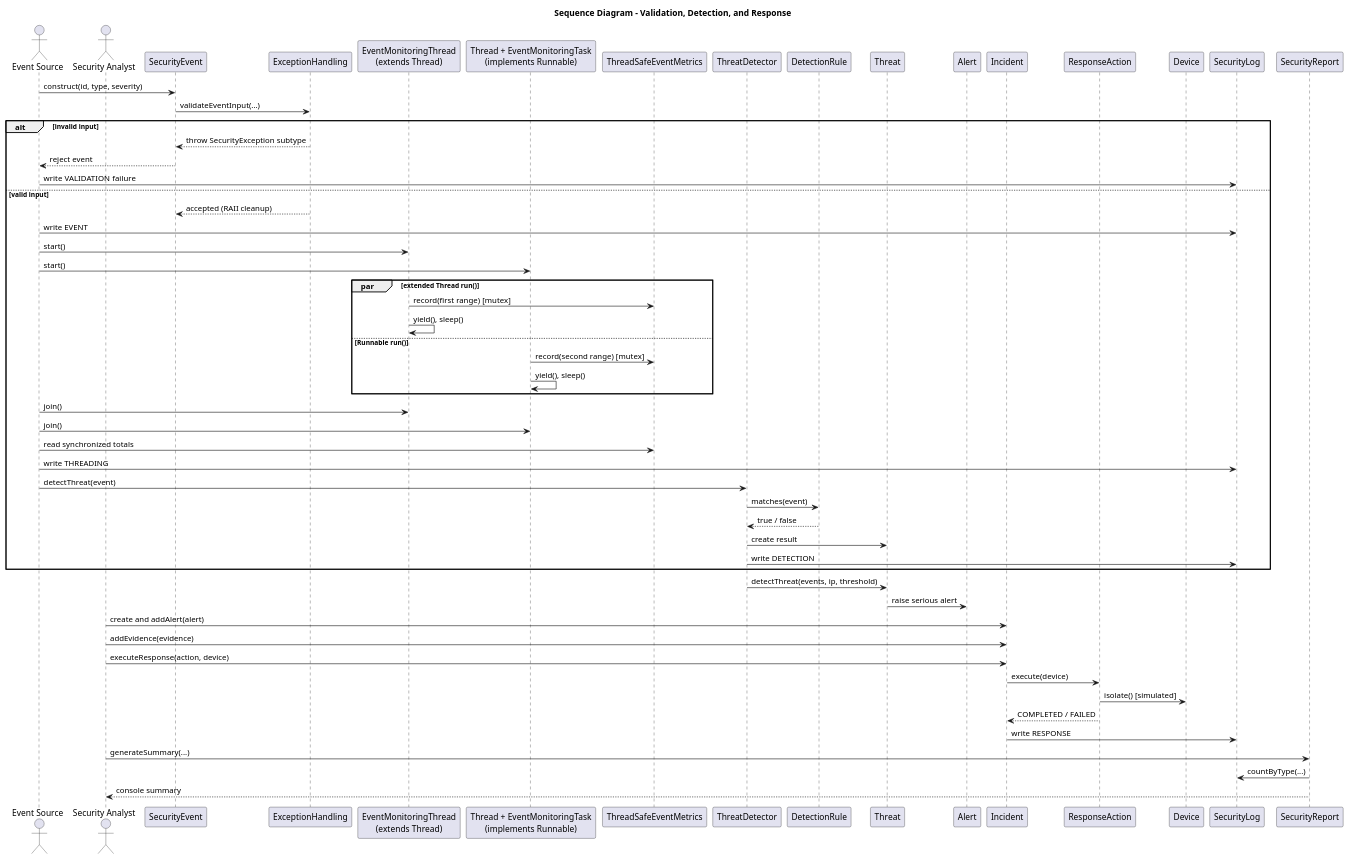
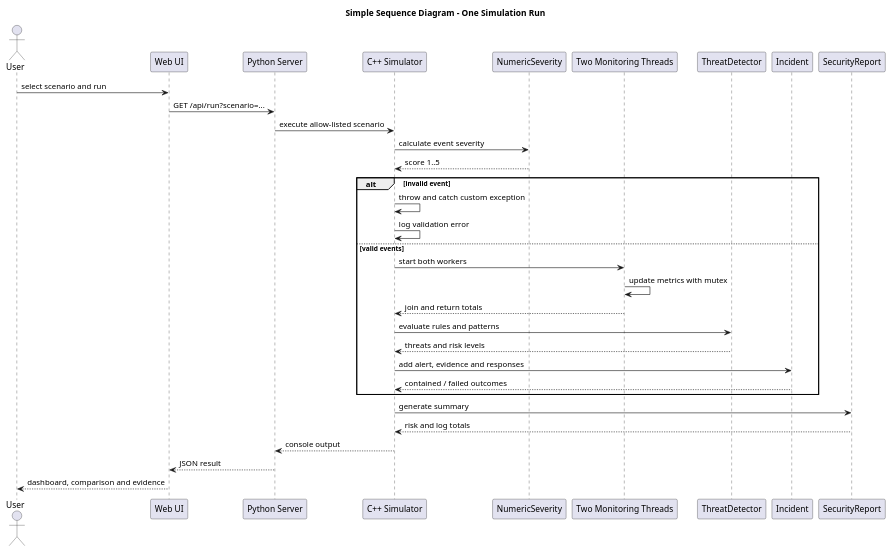
One commit to jaitak2121-spec/CybersecurityThreatdetector changed the diagram in sequence-diagram.puml. Above: the diagram before and after it, drawn with PlantUML. The commit also changed 19 other files, not shown here.

Commit message:
Calculate severity and simplify project diagrams

```diff
--- a/sequence-diagram.puml
+++ b/sequence-diagram.puml
@@ -1,61 +1,39 @@
 @startuml sequence-diagram
-title Sequence Diagram - Validation, Detection, and Response
-actor "Event Source" as Source
-actor "Security Analyst" as Analyst
-participant SecurityEvent as Event
-participant "ExceptionHandling" as Validation
-participant "EventMonitoringThread\n(extends Thread)" as InheritedWorker
-participant "Thread + EventMonitoringTask\n(implements Runnable)" as RunnableWorker
-participant ThreadSafeEventMetrics as Metrics
+title Simple Sequence Diagram - One Simulation Run
+
+actor User
+participant "Web UI" as UI
+participant "Python Server" as Server
+participant "C++ Simulator" as Simulator
+participant NumericSeverity as Scoring
+participant "Two Monitoring Threads" as Threads
 participant ThreatDetector as Detector
-participant DetectionRule as Rule
-participant Threat
-participant Alert
 participant Incident
-participant ResponseAction as Action
-participant Device
-participant SecurityLog as Log
 participant SecurityReport as Report
 
-Source -> Event : construct(id, type, severity)
-Event -> Validation : validateEventInput(...)
-alt invalid input
-  Validation --> Event : throw SecurityException subtype
-  Event --> Source : reject event
-  Source -> Log : write VALIDATION failure
-else valid input
-  Validation --> Event : accepted (RAII cleanup)
-  Source -> Log : write EVENT
-  Source -> InheritedWorker : start()
-  Source -> RunnableWorker : start()
-  par extended Thread run()
-    InheritedWorker -> Metrics : record(first range) [mutex]
-    InheritedWorker -> InheritedWorker : yield(), sleep()
-  else Runnable run()
-    RunnableWorker -> Metrics : record(second range) [mutex]
-    RunnableWorker -> RunnableWorker : yield(), sleep()
-  end
-  Source -> InheritedWorker : join()
-  Source -> RunnableWorker : join()
-  Source -> Metrics : read synchronized totals
-  Source -> Log : write THREADING
-  Source -> Detector : detectThreat(event)
-  Detector -> Rule : matches(event)
-  Rule --> Detector : true / false
-  Detector -> Threat : create result
-  Detector -> Log : write DETECTION
+User -> UI : select scenario and run
+UI -> Server : GET /api/run?scenario=...
+Server -> Simulator : execute allow-listed scenario
+
+Simulator -> Scoring : calculate event severity
+Scoring --> Simulator : score 1..5
+
+alt invalid event
+  Simulator -> Simulator : throw and catch custom exception
+  Simulator -> Simulator : log validation error
+else valid events
+  Simulator -> Threads : start both workers
+  Threads -> Threads : update metrics with mutex
+  Threads --> Simulator : join and return totals
+  Simulator -> Detector : evaluate rules and patterns
+  Detector --> Simulator : threats and risk levels
+  Simulator -> Incident : add alert, evidence and responses
+  Incident --> Simulator : contained / failed outcomes
 end
 
-Detector -> Threat : detectThreat(events, ip, threshold)
-Threat -> Alert : raise serious alert
-Analyst -> Incident : create and addAlert(alert)
-Analyst -> Incident : addEvidence(evidence)
-Analyst -> Incident : executeResponse(action, device)
-Incident -> Action : execute(device)
-Action -> Device : isolate() [simulated]
-Action --> Incident : COMPLETED / FAILED
-Incident -> Log : write RESPONSE
-Analyst -> Report : generateSummary(...)
-Report -> Log : countByType(...)
-Report --> Analyst : console summary
+Simulator -> Report : generate summary
+Report --> Simulator : risk and log totals
+Simulator --> Server : console output
+Server --> UI : JSON result
+UI --> User : dashboard, comparison and evidence
 @enduml
```
